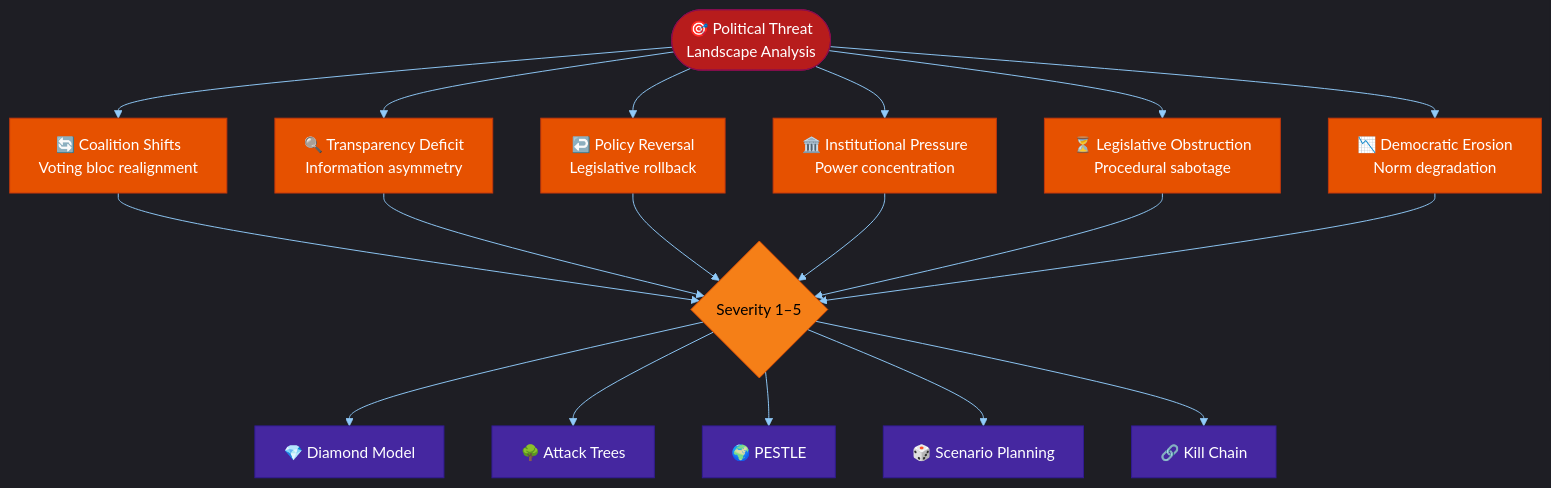
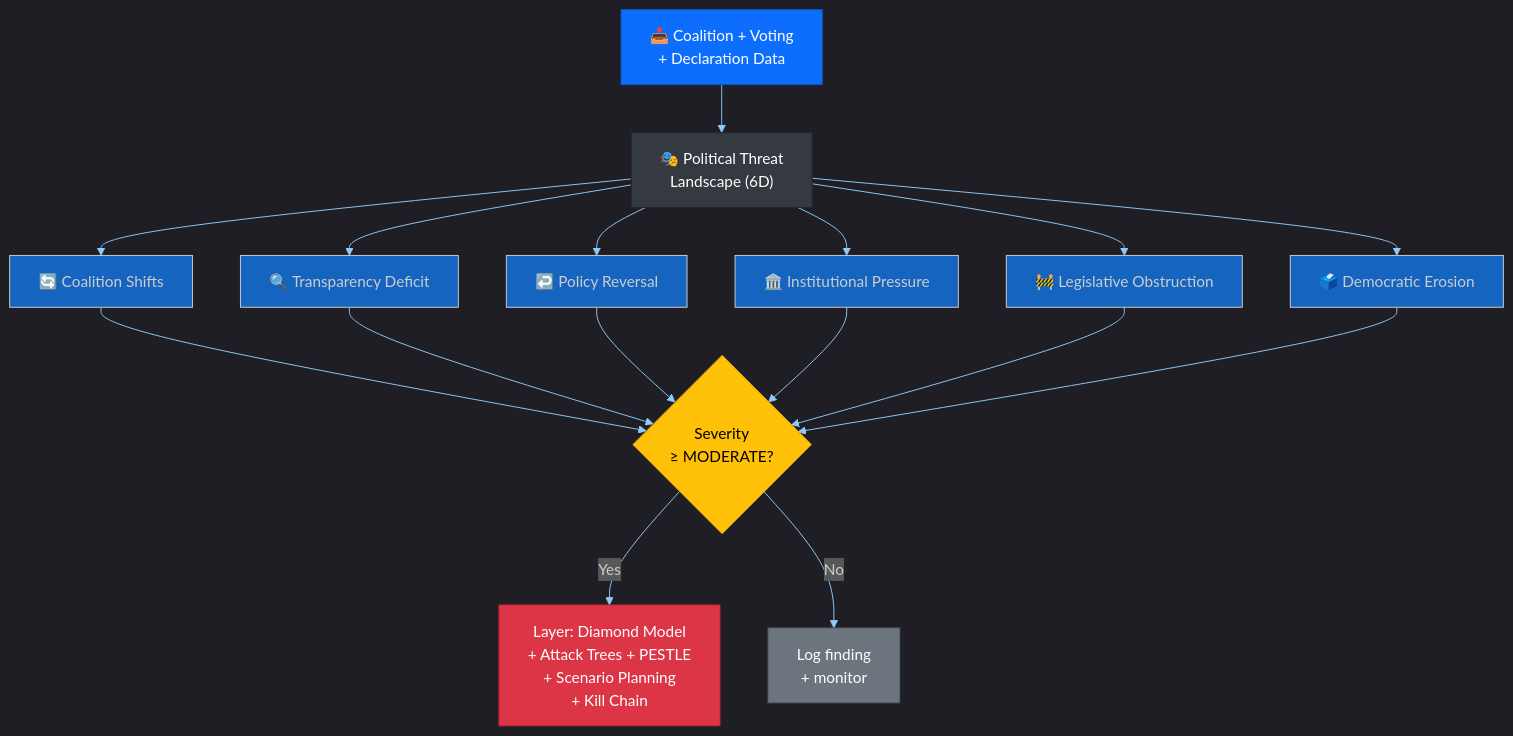
The seventh of 16 diagrams in docs/api/media/README-9.md (Hack23/euparliamentmonitor), drawn with Mermaid before and after one commit. The commit also changed other lines of this file and 1553 other files, not shown here.

````diff
--- a/docs/api/media/README-9.md
+++ b/docs/api/media/README-9.md
@@ -468,37 +415,20 @@
 ```mermaid
 %%{init: {"theme":"dark","themeVariables":{"primaryColor":"#1565C0","primaryTextColor":"#ffffff","primaryBorderColor":"#0A3F7F","lineColor":"#90CAF9","secondaryColor":"#2E7D32","secondaryTextColor":"#ffffff","secondaryBorderColor":"#0F3F00","tertiaryColor":"#FF9800","tertiaryTextColor":"#000000","tertiaryBorderColor":"#7F4F00","mainBkg":"#1565C0","secondBkg":"#2E7D32","tertiaryBkg":"#FF9800","noteBkgColor":"#FFC107","noteTextColor":"#000000","noteBorderColor":"#7F6000","errorBkgColor":"#D32F2F","errorTextColor":"#ffffff","fontFamily":"Inter, Helvetica, Arial, sans-serif","pie1":"#1565C0","pie2":"#2E7D32","pie3":"#FF9800","pie4":"#D32F2F","pie5":"#FFC107","pie6":"#7B1FA2","pie7":"#9E9E9E","pie8":"#0288D1","pie9":"#388E3C","pie10":"#F57C00","pie11":"#C62828","pie12":"#FBC02D","pieTitleTextSize":"18px","pieSectionTextSize":"14px","pieLegendTextSize":"13px","pieStrokeColor":"#1e1e1e","pieOuterStrokeColor":"#1e1e1e","git0":"#1565C0","git1":"#2E7D32","git2":"#FF9800","git3":"#D32F2F","gitBranchLabel0":"#ffffff","gitBranchLabel1":"#ffffff","gitBranchLabel2":"#000000","gitBranchLabel3":"#ffffff","cScale0":"#1565C0","cScale1":"#2E7D32","cScale2":"#FF9800","cScale3":"#D32F2F","cScale4":"#FFC107","cScale5":"#7B1FA2","cScale6":"#9E9E9E","cScale7":"#0288D1","xyChart":{"backgroundColor":"#1e1e1e","plotColorPalette":"#1565C0,#2E7D32,#FF9800,#D32F2F,#FFC107,#7B1FA2,#9E9E9E"}}}}%%
-graph TB
-    PTL([🎯 Political Threat<br/>Landscape Analysis]) --> CS[🔄 Coalition Shifts<br/>Voting bloc realignment]
-    PTL --> TD[🔍 Transparency Deficit<br/>Information asymmetry]
-    PTL --> PR[↩️ Policy Reversal<br/>Legislative rollback]
-    PTL --> IP[🏛️ Institutional Pressure<br/>Power concentration]
-    PTL --> LO[⏳ Legislative Obstruction<br/>Procedural sabotage]
-    PTL --> DE[📉 Democratic Erosion<br/>Norm degradation]
+flowchart TD
+    DATA["📥 Coalition + Voting<br/>+ Declaration Data"] --> TL["🎭 Political Threat<br/>Landscape (6D)"]
+    TL --> CS["🔄 Coalition Shifts"]
+    TL --> TD["🔍 Transparency Deficit"]
+    TL --> PR["↩️ Policy Reversal"]
+    TL --> IP["🏛️ Institutional Pressure"]
+    TL --> LO["🚧 Legislative Obstruction"]
+    TL --> DE["🗳️ Democratic Erosion"]
+    CS & TD & PR & IP & LO & DE --> SEV{"Severity<br/>≥ MODERATE?"}
+    SEV -->|Yes| DEEP["Layer: Diamond Model<br/>+ Attack Trees + PESTLE<br/>+ Scenario Planning<br/>+ Kill Chain"]
+    SEV -->|No| LOG["Log finding<br/>+ monitor"]
 
-    CS --> SEV{Severity 1–5}
-    TD --> SEV
-    PR --> SEV
-    IP --> SEV
-    LO --> SEV
-    DE --> SEV
-
-    SEV --> DM[💎 Diamond Model]
-    SEV --> AT[🌳 Attack Trees]
-    SEV --> PE[🌍 PESTLE]
-    SEV --> SP[🎲 Scenario Planning]
-    SEV --> KC[🔗 Kill Chain]
-
-    style PTL fill:#B71C1C,stroke:#880E4F,color:#FFFFFF
-    style CS fill:#E65100,stroke:#BF360C,color:#FFFFFF
-    style TD fill:#E65100,stroke:#BF360C,color:#FFFFFF
-    style PR fill:#E65100,stroke:#BF360C,color:#FFFFFF
-    style IP fill:#E65100,stroke:#BF360C,color:#FFFFFF
-    style LO fill:#E65100,stroke:#BF360C,color:#FFFFFF
-    style DE fill:#E65100,stroke:#BF360C,color:#FFFFFF
-    style SEV fill:#F57F17,stroke:#E65100,color:#000000
-    style DM fill:#4527A0,stroke:#311B92,color:#FFFFFF
-    style AT fill:#4527A0,stroke:#311B92,color:#FFFFFF
-    style PE fill:#4527A0,stroke:#311B92,color:#FFFFFF
-    style SP fill:#4527A0,stroke:#311B92,color:#FFFFFF
-    style KC fill:#4527A0,stroke:#311B92,color:#FFFFFF
+    style DATA fill:#0d6efd,color:#fff,stroke:#0a58ca
+    style TL fill:#343a40,color:#fff,stroke:#23272b
+    style SEV fill:#ffc107,color:#000,stroke:#d39e00
+    style DEEP fill:#dc3545,color:#fff,stroke:#bd2130
+    style LOG fill:#6c757d,color:#fff,stroke:#545b62
 ```
````
